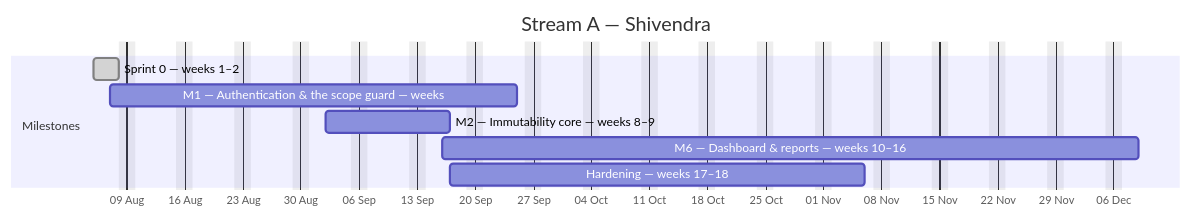
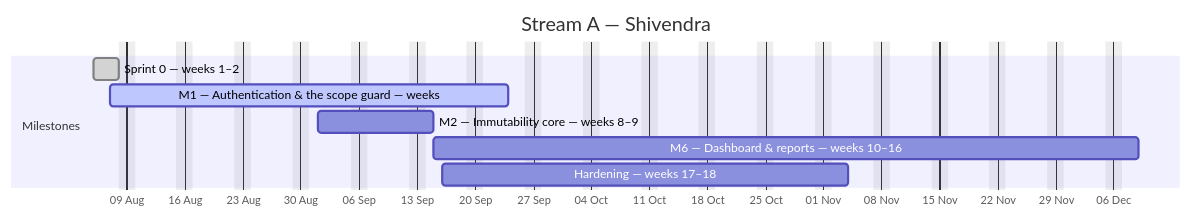
One commit to debashisedunext/EduTrack changed the first of 4 diagrams in docs/plan/GANTT.md. Above: the diagram before and after it, drawn with Mermaid. The commit also changed other lines of this file and 3 other files, not shown here.

````diff
--- a/docs/plan/GANTT.md
+++ b/docs/plan/GANTT.md
@@ -127,13 +118,13 @@
 ```mermaid
 gantt
     dateFormat YYYY-MM-DD
     axisFormat %d %b
     title Stream A — Shivendra
     excludes weekends
     section Milestones
     Sprint 0 — weeks 1–2 :done, a0, 2026-08-05, 3d
-    M1 — Authentication & the scope guard — weeks :a1, 2026-08-07, 35d
-    M2 — Immutability core — weeks 8–9 :a2, 2026-09-02, 11d
-    M6 — Dashboard & reports — weeks 10–16 :a3, 2026-09-16, 60d
-    Hardening — weeks 17–18 :a4, 2026-09-17, 36d
+    M1 — Authentication & the scope guard — weeks :active, a1, 2026-08-07, 34d
+    M2 — Immutability core — weeks 8–9 :a2, 2026-09-01, 10d
+    M6 — Dashboard & reports — weeks 10–16 :a3, 2026-09-15, 61d
+    Hardening — weeks 17–18 :a4, 2026-09-16, 35d
 ```
````
